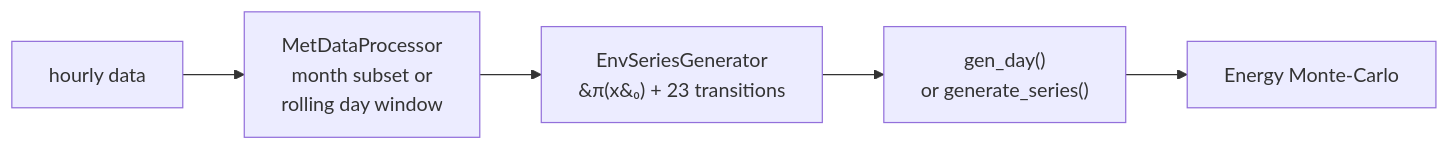
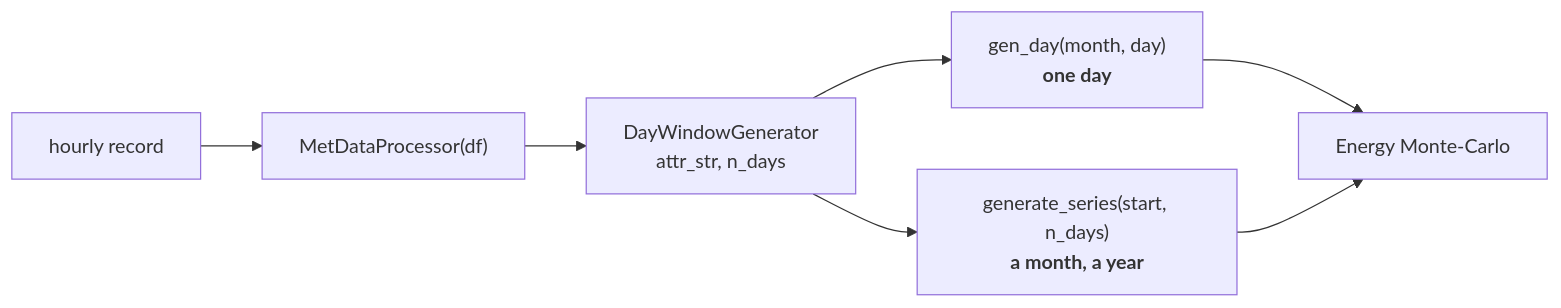
The diagram in docs/source/quickstart.md (npapnet/meteosynth), drawn with Mermaid before and after one commit. The commit also changed other lines of this file and 11 other files, not shown here.

Commit message:
docs: Updating documentaion chore: removed old call to cached paris_legacy data (2 year)

````diff
--- a/docs/source/quickstart.md
+++ b/docs/source/quickstart.md
@@ -54,7 +58,9 @@
 ```{mermaid}
 flowchart LR
-    A[hourly data] --> B[MetDataProcessor<br/>month subset or<br/>rolling day window]
-    B --> C["EnvSeriesGenerator<br/>&#960;(x&#8320;) + 23 transitions"]
-    C --> D["gen_day()<br/>or generate_series()"]
-    D --> E[Energy Monte-Carlo]
+    A[hourly record] --> B["MetDataProcessor(df)"]
+    B --> C["DayWindowGenerator<br/>attr_str, n_days"]
+    C --> D["gen_day(month, day)<br/><b>one day</b>"]
+    C --> E["generate_series(start, n_days)<br/><b>a month, a year</b>"]
+    D --> F[Energy Monte-Carlo]
+    E --> F
 ```
````
